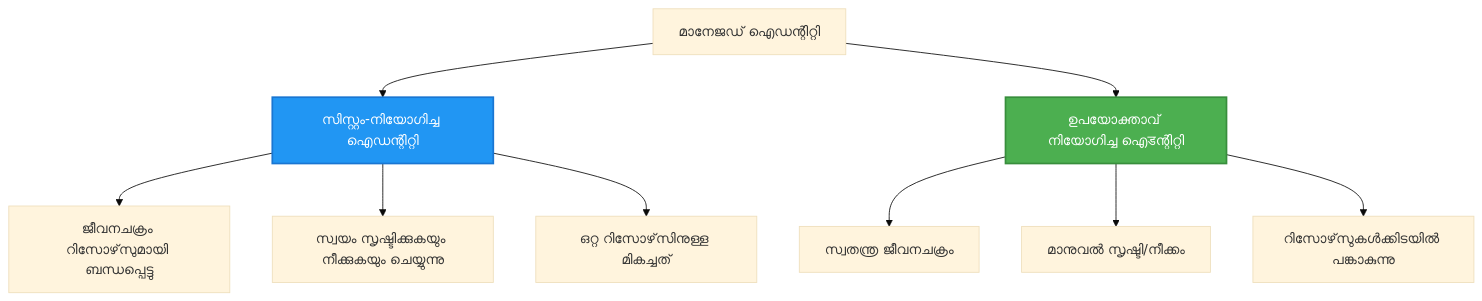
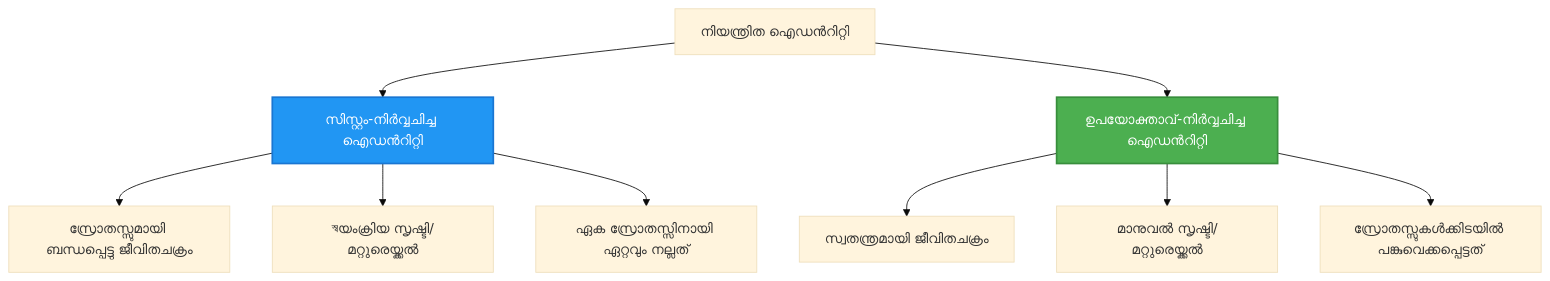
Before and after one commit to microsoft/AZD-for-beginners: the second of 2 diagrams in translations/ml/docs/chapter-03-configuration/authsecurity.md, drawn with Mermaid (base theme). The commit also changed other lines of this file and 102 other files, not shown here.

````diff
--- a/translations/ml/docs/chapter-03-configuration/authsecurity.md
+++ b/translations/ml/docs/chapter-03-configuration/authsecurity.md
@@ -97,20 +97,20 @@
 ```mermaid
 graph TB
-    MI[മാനേജഡ് ഐഡന്റിറ്റി]
-    SystemAssigned[സിസ്റ്റം-നിയോഗിച്ച ഐഡന്റിറ്റി]
-    UserAssigned[ഉപയോക്താവ് നിയോഗിച്ച ഐडന്റിറ്റി]
+    MI[നിയന്ത്രിത ഐഡൻറിറ്റി]
+    SystemAssigned[സിസ്റ്റം-നിർവ്വചിച്ച ഐഡൻറിറ്റി]
+    UserAssigned[ഉപയോക്താവ്-നിർവ്വചിച്ച ഐഡൻറിറ്റി]
     
     MI --> SystemAssigned
     MI --> UserAssigned
     
-    SystemAssigned --> SA1[ജീവനചക്രം റിസോഴ്‌സുമായി ബന്ധപ്പെട്ടു]
-    SystemAssigned --> SA2[സ്വയം സൃഷ്ടിക്കുകയും നീക്കുകയും ചെയ്യുന്നു]
-    SystemAssigned --> SA3[ഒറ്റ റിസോഴ്‌സിനുള്ള മികച്ചത്]
+    SystemAssigned --> SA1[സ്രോതസ്സുമായി ബന്ധപ്പെട്ടു ജീവിതചക്രം]
+    SystemAssigned --> SA2[স্বയംക്രിയ സൃഷ്ടി/മറ്റുരെയ്ക്കൽ]
+    SystemAssigned --> SA3[ഏക സ്രോതസ്സിനായി ഏറ്റവും നല്ലത്]
     
-    UserAssigned --> UA1[സ്വതന്ത്ര ജീവനചക്രം]
-    UserAssigned --> UA2[മാനുവൽ സൃഷ്ടി/നീക്കം]
-    UserAssigned --> UA3[റിസോഴ്‌സുകൾക്കിടയിൽ പങ്കാകുന്നു]
+    UserAssigned --> UA1[സ്വതന്ത്രമായി ജീവിതചക്രം]
+    UserAssigned --> UA2[മാനുവൽ സൃഷ്ടി/മറ്റുരെയ്ക്കൽ]
+    UserAssigned --> UA3[സ്രോതസ്സുകൾക്കിടയിൽ പങ്കുവെക്കപ്പെട്ടത്]
     
     style SystemAssigned fill:#2196F3,stroke:#1976D2,stroke-width:2px,color:#fff
     style UserAssigned fill:#4CAF50,stroke:#388E3C,stroke-width:2px,color:#fff
 ```
````
